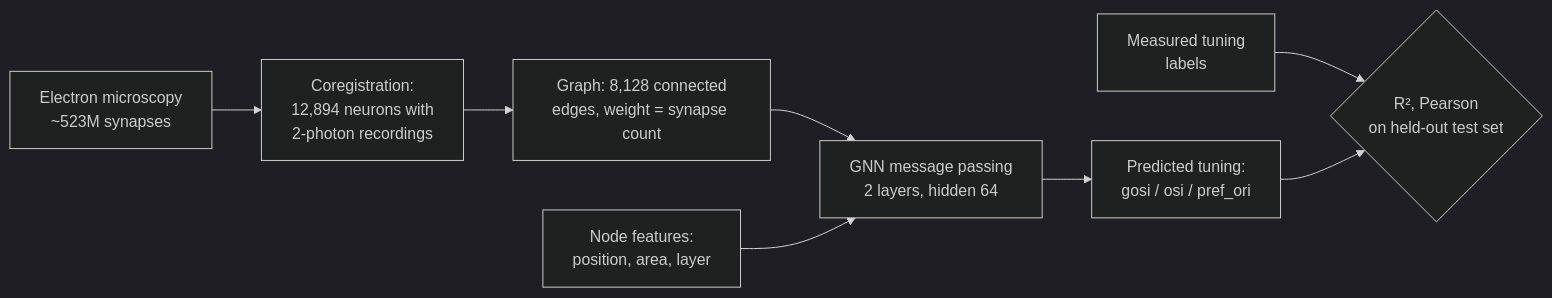
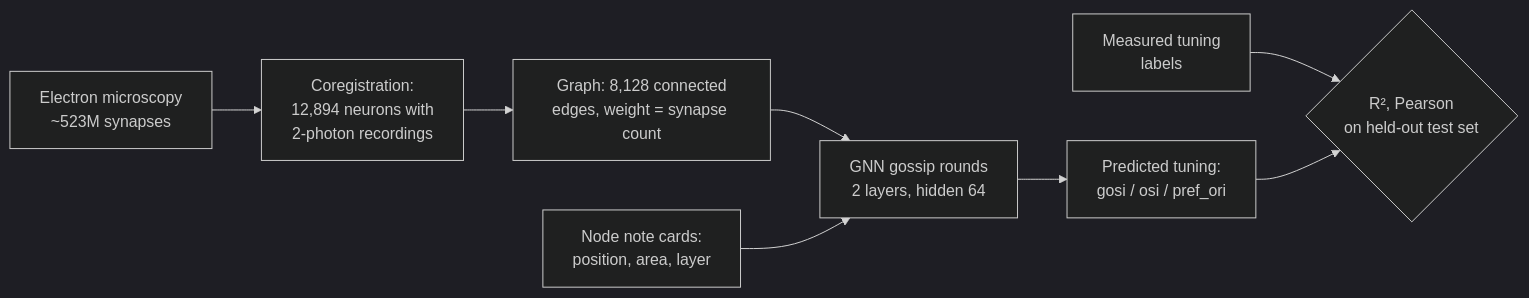
Before and after one commit to hwilner/microns-tuning-from-wiring-benchmark: the first of 3 diagrams in docs/EXTENDED_INTRODUCTION.md, drawn with Mermaid (dark theme). The commit also changed other lines of this file and 1 other file, not shown here.

Commit message:
Embed concept figure in INTRODUCTION; constructively rewrite EXTENDED_INTRODUCTION from a 4-node paper example

````diff
--- a/docs/EXTENDED_INTRODUCTION.md
+++ b/docs/EXTENDED_INTRODUCTION.md
@@ -69,10 +85,10 @@
 ```mermaid
 flowchart LR
     A[Electron microscopy<br/>~523M synapses] --> B[Coregistration:<br/>12,894 neurons with<br/>2-photon recordings]
     B --> C[Graph: 8,128 connected<br/>edges, weight = synapse count]
-    C --> D[GNN message passing<br/>2 layers, hidden 64]
-    E[Node features:<br/>position, area, layer] --> D
+    C --> D[GNN gossip rounds<br/>2 layers, hidden 64]
+    E[Node note cards:<br/>position, area, layer] --> D
     D --> F[Predicted tuning:<br/>gosi / osi / pref_ori]
     G[Measured tuning<br/>labels] --> H{R², Pearson<br/>on held-out test set}
     F --> H
 ```
````
